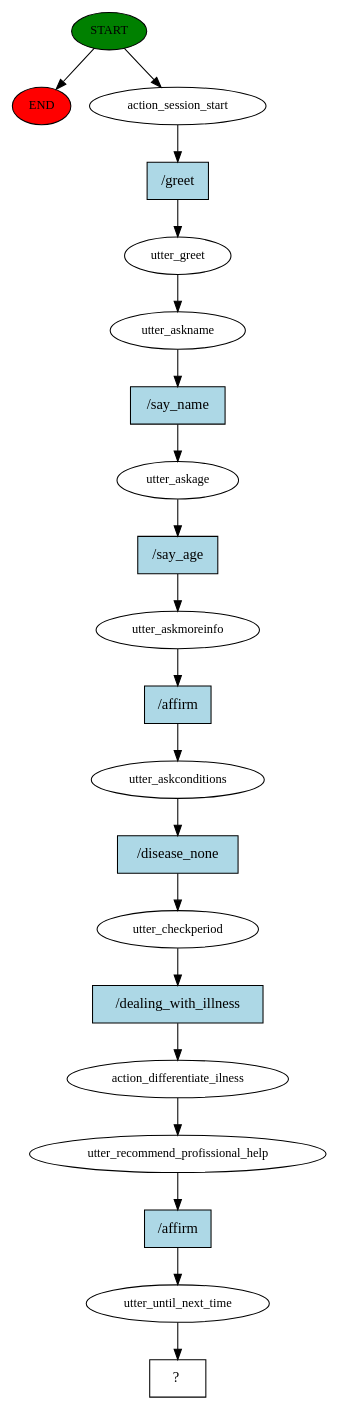
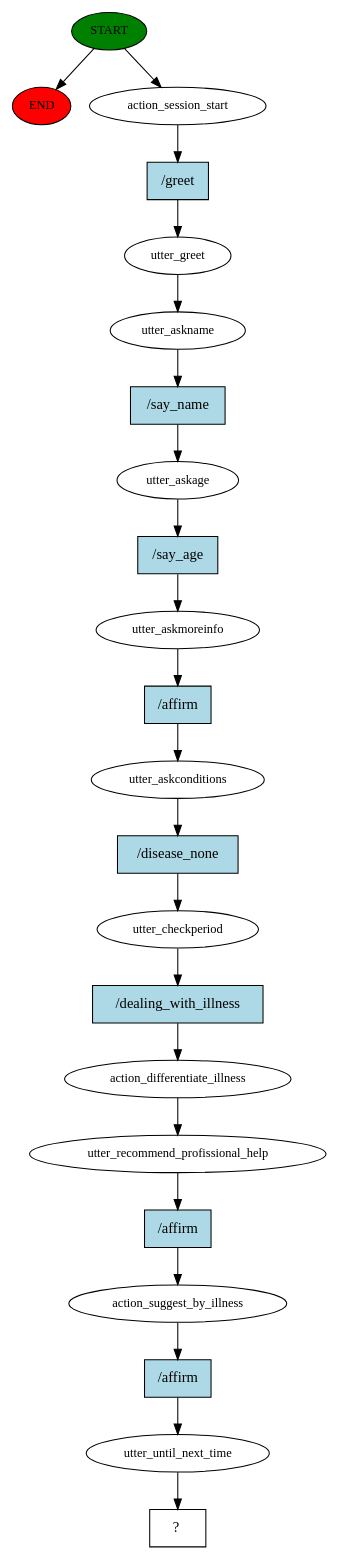
The diagram in chatbot/story_graph.dot (josemmsantos14/-ambinteligentes_tp2), drawn with Graphviz before and after one commit. The commit also changed 496 other files, not shown here.

```diff
--- a/chatbot/story_graph.dot
+++ b/chatbot/story_graph.dot
@@ -1,41 +1,45 @@
 digraph  {
 0 [class="start active", fillcolor=green, fontsize=12, label=START, style=filled];
 "-1" [class=end, fillcolor=red, fontsize=12, label=END, style=filled];
 1 [class=active, fontsize=12, label=action_session_start];
 2 [class=active, fontsize=12, label=utter_greet];
 3 [class=active, fontsize=12, label=utter_askname];
 4 [class=active, fontsize=12, label=utter_askage];
 5 [class=active, fontsize=12, label=utter_askmoreinfo];
 6 [class=active, fontsize=12, label=utter_askconditions];
 7 [class=active, fontsize=12, label=utter_checkperiod];
-8 [class=active, fontsize=12, label=action_differentiate_ilness];
+8 [class=active, fontsize=12, label=action_differentiate_illness];
 9 [class=active, fontsize=12, label=utter_recommend_profissional_help];
-10 [class=active, fontsize=12, label=utter_until_next_time];
-11 [class="intent dashed active", label="  ?  ", shape=rect];
-12 [class="intent active", fillcolor=lightblue, label="/greet", shape=rect, style=filled];
-13 [class="intent active", fillcolor=lightblue, label="/say_name", shape=rect, style=filled];
-14 [class="intent active", fillcolor=lightblue, label="/say_age", shape=rect, style=filled];
-15 [class="intent active", fillcolor=lightblue, label="/affirm", shape=rect, style=filled];
-16 [class="intent active", fillcolor=lightblue, label="/disease_none", shape=rect, style=filled];
-17 [class="intent active", fillcolor=lightblue, label="/dealing_with_illness", shape=rect, style=filled];
-18 [class="intent active", fillcolor=lightblue, label="/affirm", shape=rect, style=filled];
+10 [class=active, fontsize=12, label=action_suggest_by_illness];
+11 [class=active, fontsize=12, label=utter_until_next_time];
+12 [class="intent dashed active", label="  ?  ", shape=rect];
+13 [class="intent active", fillcolor=lightblue, label="/greet", shape=rect, style=filled];
+14 [class="intent active", fillcolor=lightblue, label="/say_name", shape=rect, style=filled];
+15 [class="intent active", fillcolor=lightblue, label="/say_age", shape=rect, style=filled];
+16 [class="intent active", fillcolor=lightblue, label="/affirm", shape=rect, style=filled];
+17 [class="intent active", fillcolor=lightblue, label="/disease_none", shape=rect, style=filled];
+18 [class="intent active", fillcolor=lightblue, label="/dealing_with_illness", shape=rect, style=filled];
+19 [class="intent active", fillcolor=lightblue, label="/affirm", shape=rect, style=filled];
+20 [class="intent active", fillcolor=lightblue, label="/affirm", shape=rect, style=filled];
 0 -> "-1"  [class="", key=NONE, label=""];
 0 -> 1  [class=active, key=NONE, label=""];
-1 -> 12  [class=active, key=0];
+1 -> 13  [class=active, key=0];
 2 -> 3  [class=active, key=NONE, label=""];
-3 -> 13  [class=active, key=0];
-4 -> 14  [class=active, key=0];
-5 -> 15  [class=active, key=0];
-6 -> 16  [class=active, key=0];
-7 -> 17  [class=active, key=0];
+3 -> 14  [class=active, key=0];
+4 -> 15  [class=active, key=0];
+5 -> 16  [class=active, key=0];
+6 -> 17  [class=active, key=0];
+7 -> 18  [class=active, key=0];
 8 -> 9  [class=active, key=NONE, label=""];
-9 -> 18  [class=active, key=0];
-10 -> 11  [class=active, key=NONE, label=""];
-12 -> 2  [class=active, key=0];
-13 -> 4  [class=active, key=0];
-14 -> 5  [class=active, key=0];
-15 -> 6  [class=active, key=0];
-16 -> 7  [class=active, key=0];
-17 -> 8  [class=active, key=0];
-18 -> 10  [class=active, key=0];
+9 -> 19  [class=active, key=0];
+10 -> 20  [class=active, key=0];
+11 -> 12  [class=active, key=NONE, label=""];
+13 -> 2  [class=active, key=0];
+14 -> 4  [class=active, key=0];
+15 -> 5  [class=active, key=0];
+16 -> 6  [class=active, key=0];
+17 -> 7  [class=active, key=0];
+18 -> 8  [class=active, key=0];
+19 -> 10  [class=active, key=0];
+20 -> 11  [class=active, key=0];
 }
```
